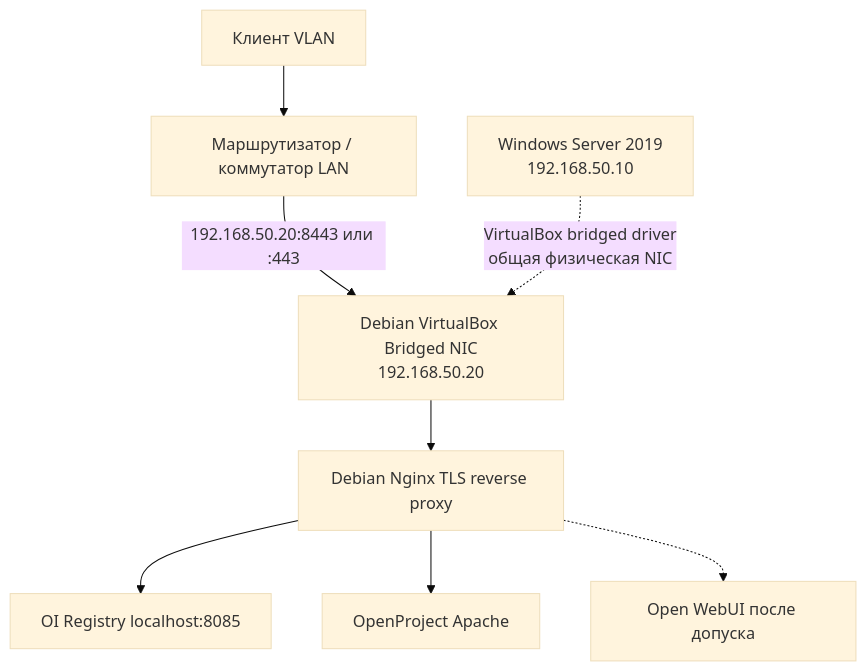
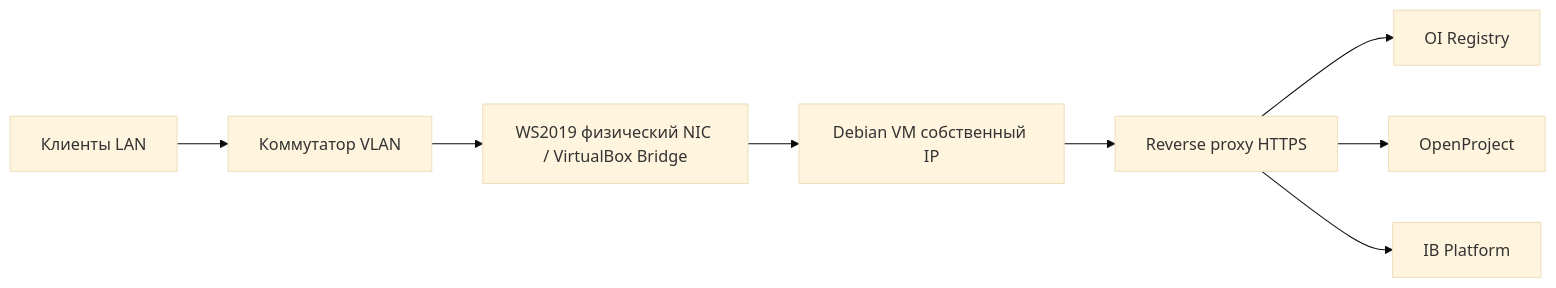
One commit to lan4esko/IB-Project changed the diagram in docs/diagrams/05-ws2019-bridged.mmd. Above: the diagram before and after it, drawn with Mermaid (base theme). The commit also changed 2 other files, not shown here.

Commit message:
docs: add Debian VirtualBox migration to WS2019

```diff
--- a/docs/diagrams/05-ws2019-bridged.mmd
+++ b/docs/diagrams/05-ws2019-bridged.mmd
@@ -1,8 +1,8 @@
-flowchart TB
-  CLIENT[Клиент VLAN] --> ROUTER[Маршрутизатор / коммутатор LAN]
-  ROUTER -->|192.168.50.20:8443 или :443| VNIC[Debian VirtualBox Bridged NIC\n192.168.50.20]
-  WIN[Windows Server 2019\n192.168.50.10] -.->|VirtualBox bridged driver\nобщая физическая NIC| VNIC
-  VNIC --> EDGE[Debian Nginx TLS reverse proxy]
-  EDGE --> OI[OI Registry localhost:8085]
-  EDGE --> OP[OpenProject Apache]
-  EDGE -.-> WEBUI[Open WebUI после допуска]
+flowchart LR
+  U[Клиенты LAN] --> S[Коммутатор VLAN]
+  S --> N[WS2019 физический NIC / VirtualBox Bridge]
+  N --> D[Debian VM собственный IP]
+  D --> P[Reverse proxy HTTPS]
+  P --> R[OI Registry]
+  P --> O[OpenProject]
+  P --> A[IB Platform]
```
